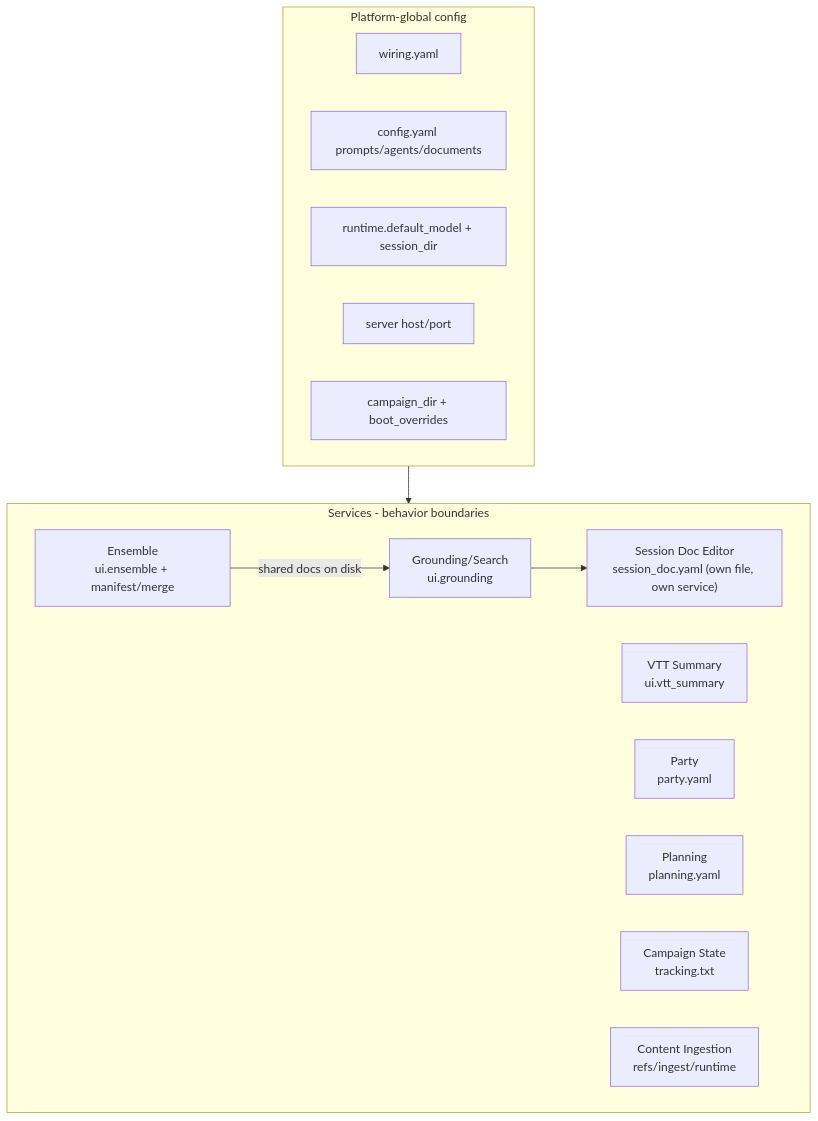
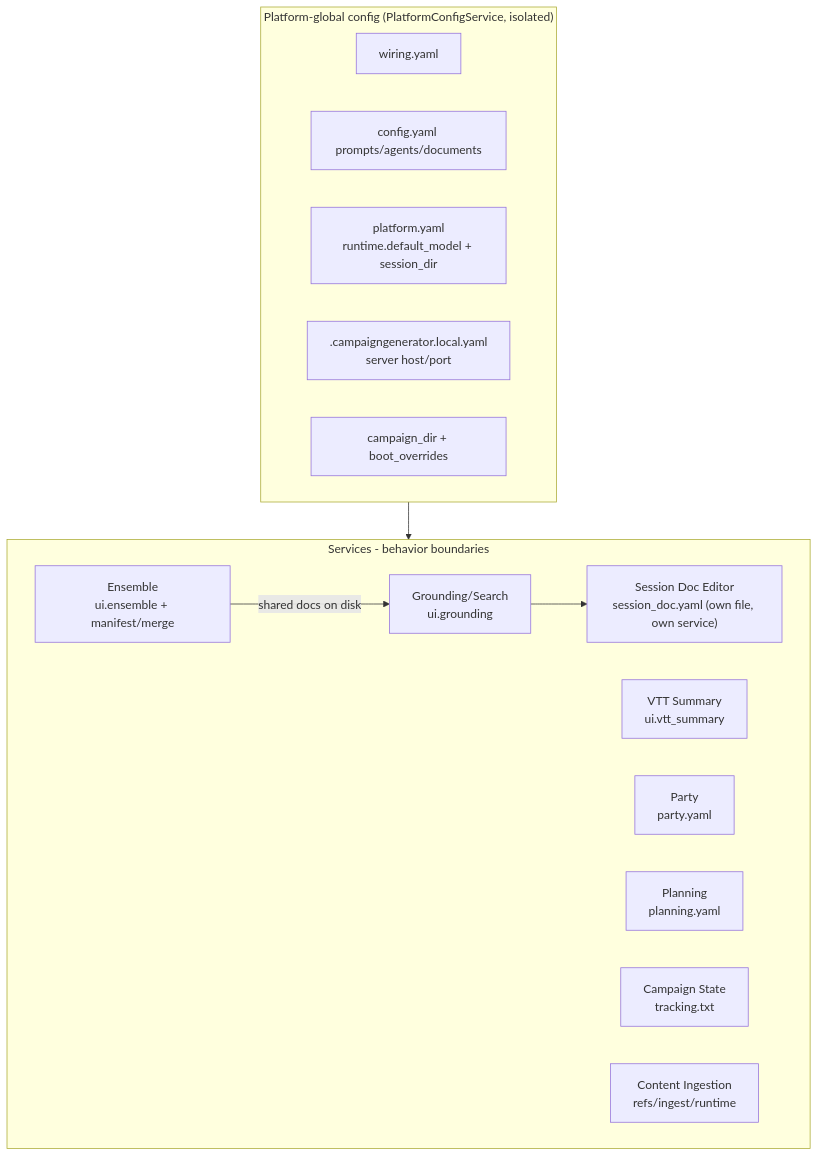
The diagram in docs/config/service-cut.md (kostadis/CampaignGenerator), drawn with Mermaid before and after one commit. The commit also changed other lines of this file and 5 other files, not shown here.

````diff
--- a/docs/config/service-cut.md
+++ b/docs/config/service-cut.md
@@ -8,23 +13,23 @@
 ```mermaid
 flowchart TB
-  subgraph Platform[Platform-global config]
+  subgraph Platform["Platform-global config (PlatformConfigService, isolated)"]
     WI[wiring.yaml]
     CY[config.yaml prompts/agents/documents]
-    RT[runtime.default_model + session_dir]
-    SRV[server host/port]
+    RT["platform.yaml<br/>runtime.default_model + session_dir"]
+    SRV[".campaigngenerator.local.yaml<br/>server host/port"]
     ROOT[campaign_dir + boot_overrides]
   end
   subgraph Services[Services - behavior boundaries]
     SD["Session Doc Editor<br/>session_doc.yaml (own file, own service)"]
     EN["Ensemble<br/>ui.ensemble + manifest/merge"]
     VT["VTT Summary<br/>ui.vtt_summary"]
     GR["Grounding/Search<br/>ui.grounding"]
     PA["Party<br/>party.yaml"]
     PL["Planning<br/>planning.yaml"]
     CST["Campaign State<br/>tracking.txt"]
     CI["Content Ingestion<br/>refs/ingest/runtime"]
   end
   Platform --> Services
   EN -->|shared docs on disk| GR
   GR --> SD
 ```
````
